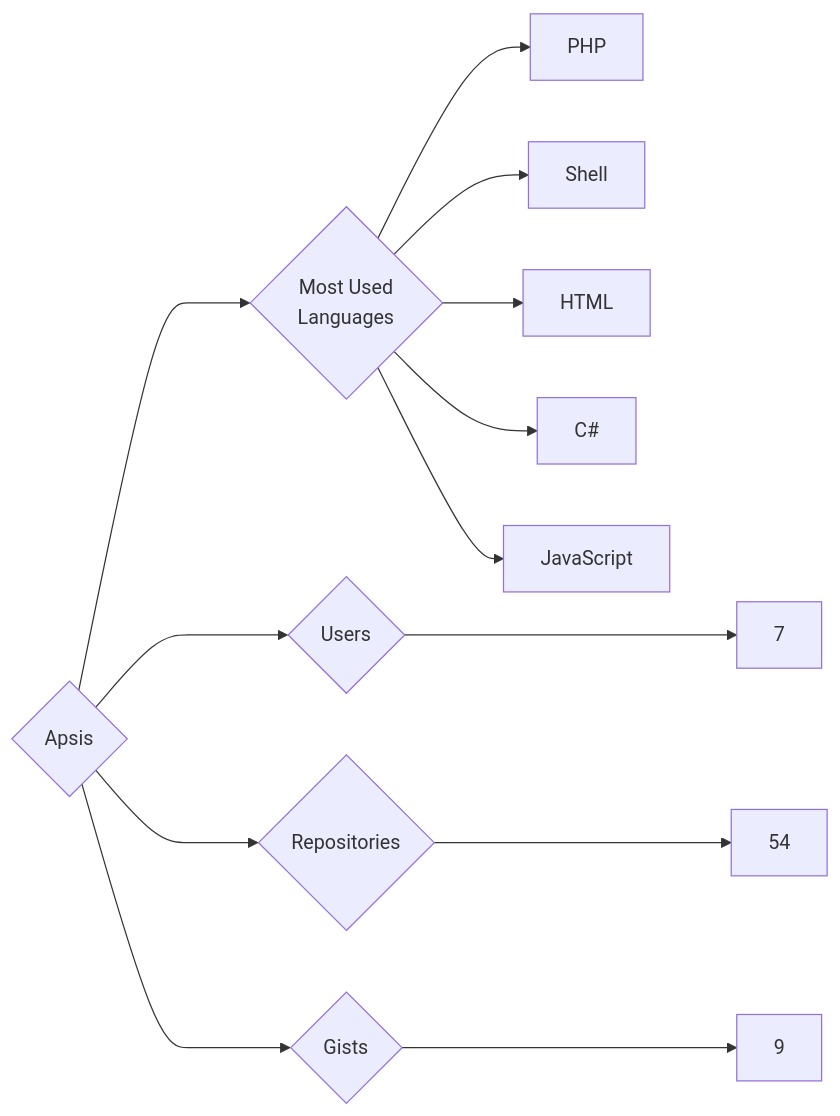
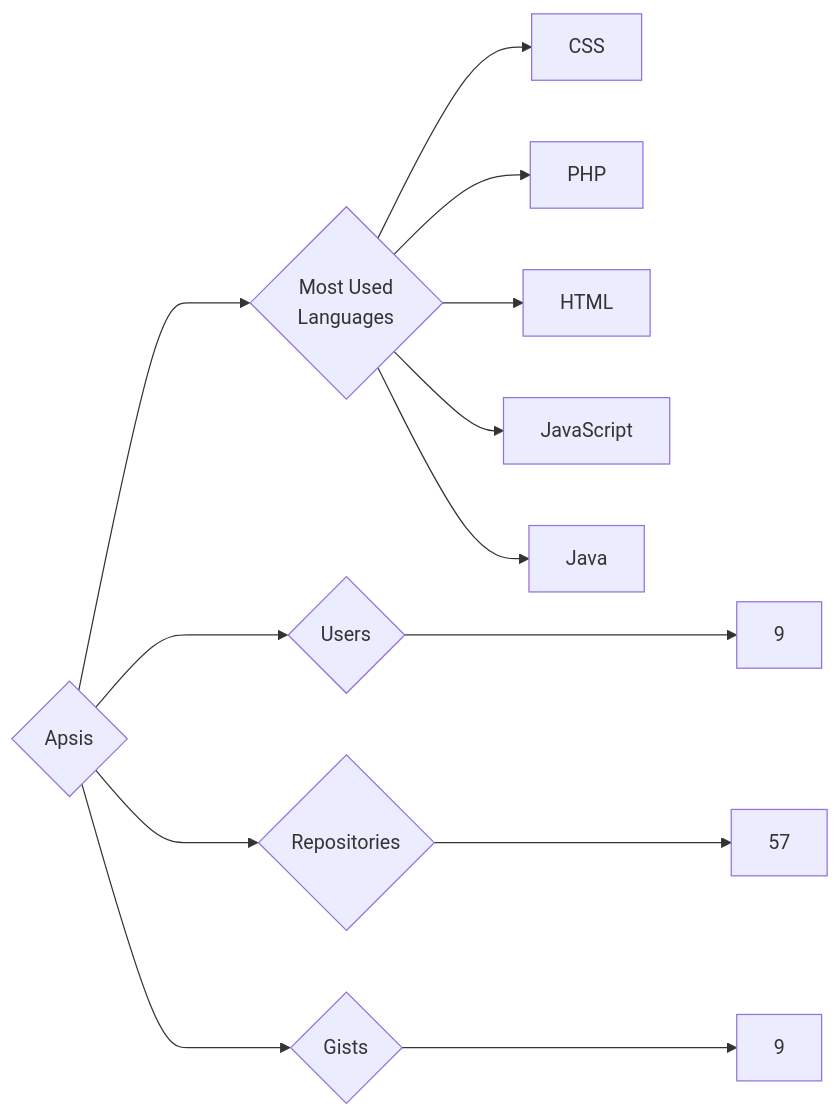
One commit to trickest/insiders changed the diagram in targets/Apsis/README.md. Above: the diagram before and after it, drawn with Mermaid. The commit also changed 895 other files, not shown here.

````diff
--- a/targets/Apsis/README.md
+++ b/targets/Apsis/README.md
@@ -3,13 +3,13 @@
 ```mermaid
 graph LR
 COMPANY_NAME{Apsis}
-COMPANY_NAME ---> U{Users} ---> UN[7]
-COMPANY_NAME ---> R{Repositories} ---> RN[54]
+COMPANY_NAME ---> U{Users} ---> UN[9]
+COMPANY_NAME ---> R{Repositories} ---> RN[57]
 COMPANY_NAME ---> G{Gists} ---> GN[9]
 COMPANY_NAME ---> ML{Most Used<br>Languages}
+ML --> CSS[CSS]
 ML --> PHP[PHP]
-ML --> Shell[Shell]
 ML --> HTML[HTML]
-ML --> C#[C#]
 ML --> JavaScript[JavaScript]
+ML --> Java[Java]
 ```
````
